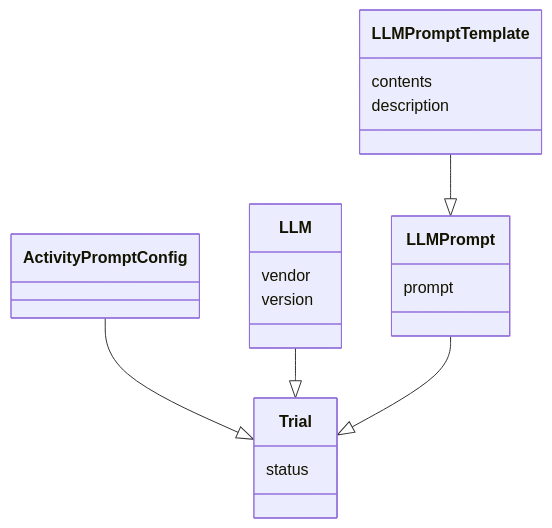
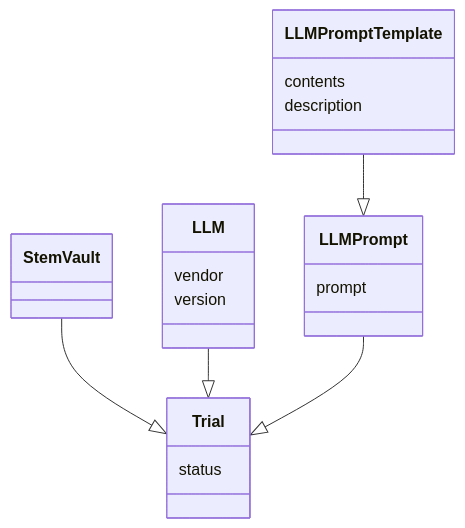
One commit to empirical-org/Empirical-Core changed the second of 3 diagrams in services/QuillLMS/engines/evidence/app/models/evidence/research/readme.md. Above: the diagram before and after it, drawn with Mermaid. The commit also changed other lines of this file and 34 other files, not shown here.

Commit message:
Rename activity_prompt_config to stem_vault

````diff
--- a/services/QuillLMS/engines/evidence/app/models/evidence/research/readme.md
+++ b/services/QuillLMS/engines/evidence/app/models/evidence/research/readme.md
@@ -33,24 +33,24 @@
 ```mermaid
 classDiagram
     class LLM {
          vendor
          version
     }
     class LLMPrompt {
          prompt
     }
     class LLMPromptTemplate {
          contents
          description
     }
-    class ActivityPromptConfig {
+    class StemVault {
     }
     class Trial {
          status
     }
 
-    ActivityPromptConfig --|> Trial
+    StemVault --|> Trial
     LLM --|> Trial
     LLMPromptTemplate --|> LLMPrompt
     LLMPrompt --|> Trial
 ```
````
